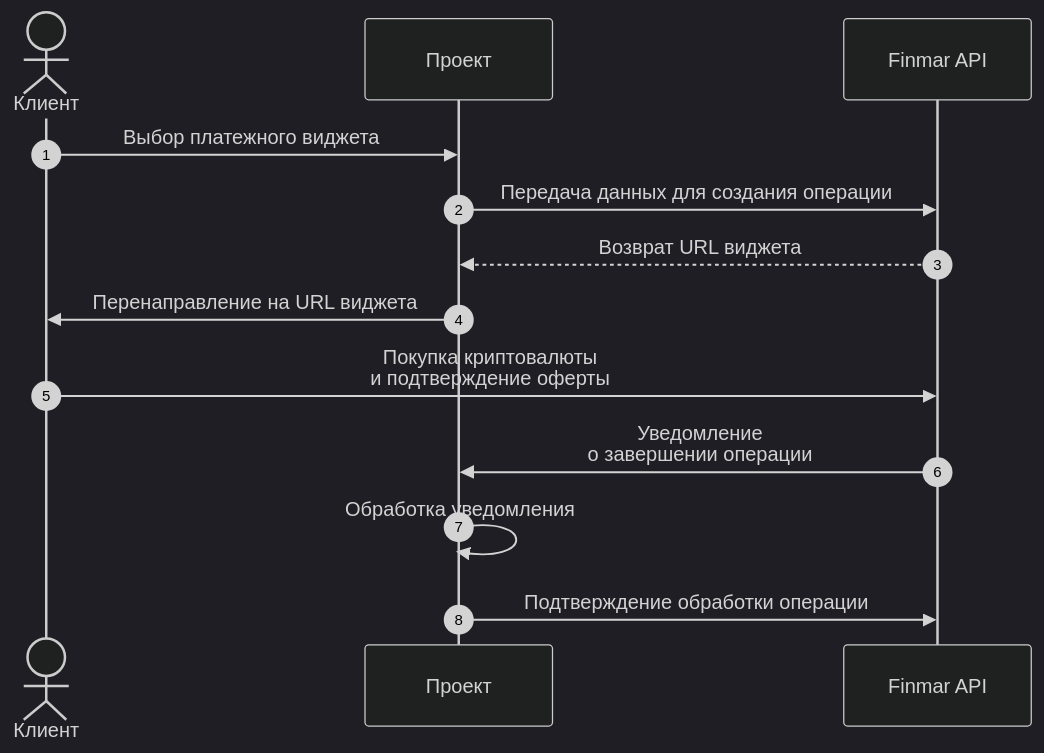
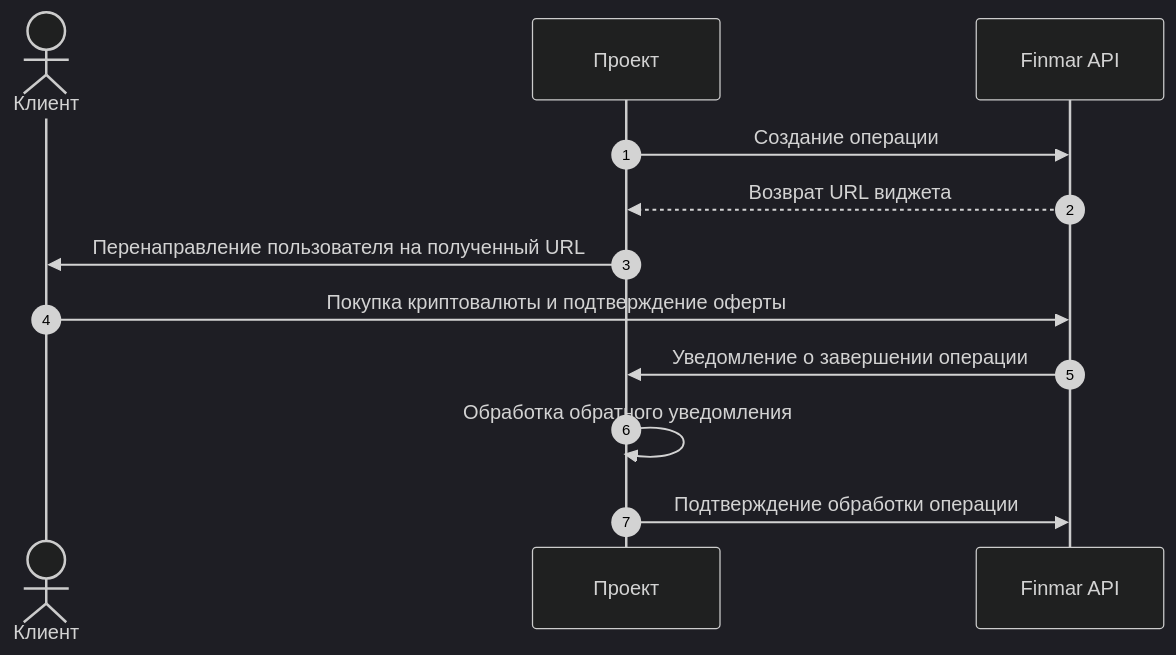
The diagram in products/widget.mdx (sergeyglobo/documentation), drawn with Mermaid (dark theme) before and after one commit. The commit also changed other lines of this file, not shown here.

````diff
--- a/products/widget.mdx
+++ b/products/widget.mdx
@@ -13,15 +13,14 @@
 ```mermaid
 sequenceDiagram
     autonumber
     actor Клиент
     participant Проект
     participant Finmar API
-    Клиент->>Проект: Выбор платежного виджета
-    Проект->>Finmar API: Передача данных для создания операции
+    Проект->>Finmar API: Создание операции
     Finmar API-->>Проект: Возврат URL виджета
-    Проект->>Клиент: Перенаправление на URL виджета
-    Клиент->>Finmar API: Покупка криптовалюты<br>и подтверждение оферты
-    Finmar API->>Проект: Уведомление<br>о завершении операции
-    Проект->>Проект: Обработка уведомления
+    Проект->>Клиент: Перенаправление пользователя на полученный URL
+    Клиент->>Finmar API: Покупка криптовалюты и подтверждение оферты
+    Finmar API->>Проект: Уведомление о завершении операции
+    Проект->>Проект: Обработка обратного уведомления
     Проект->>Finmar API: Подтверждение обработки операции
 ```
````
